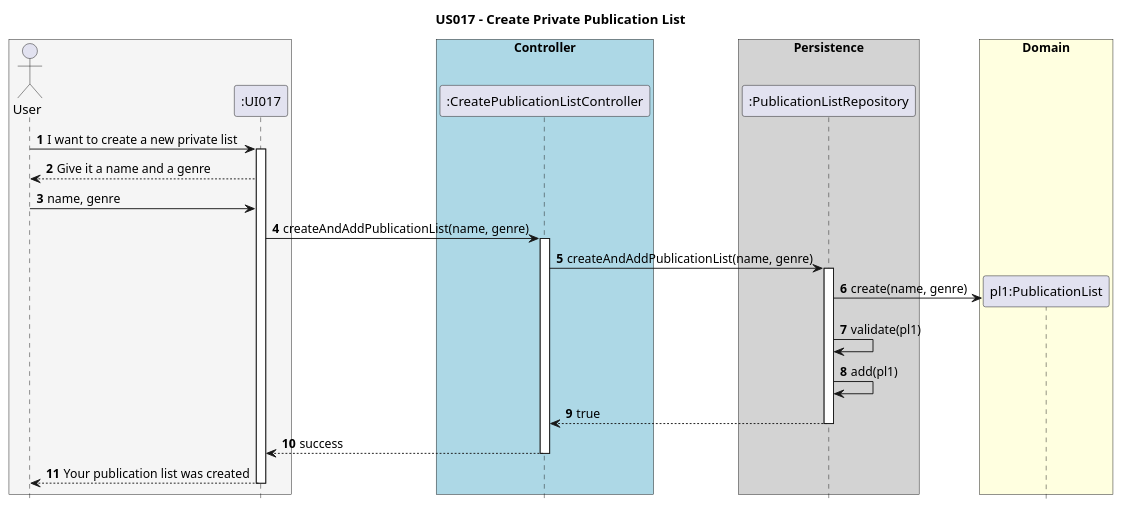
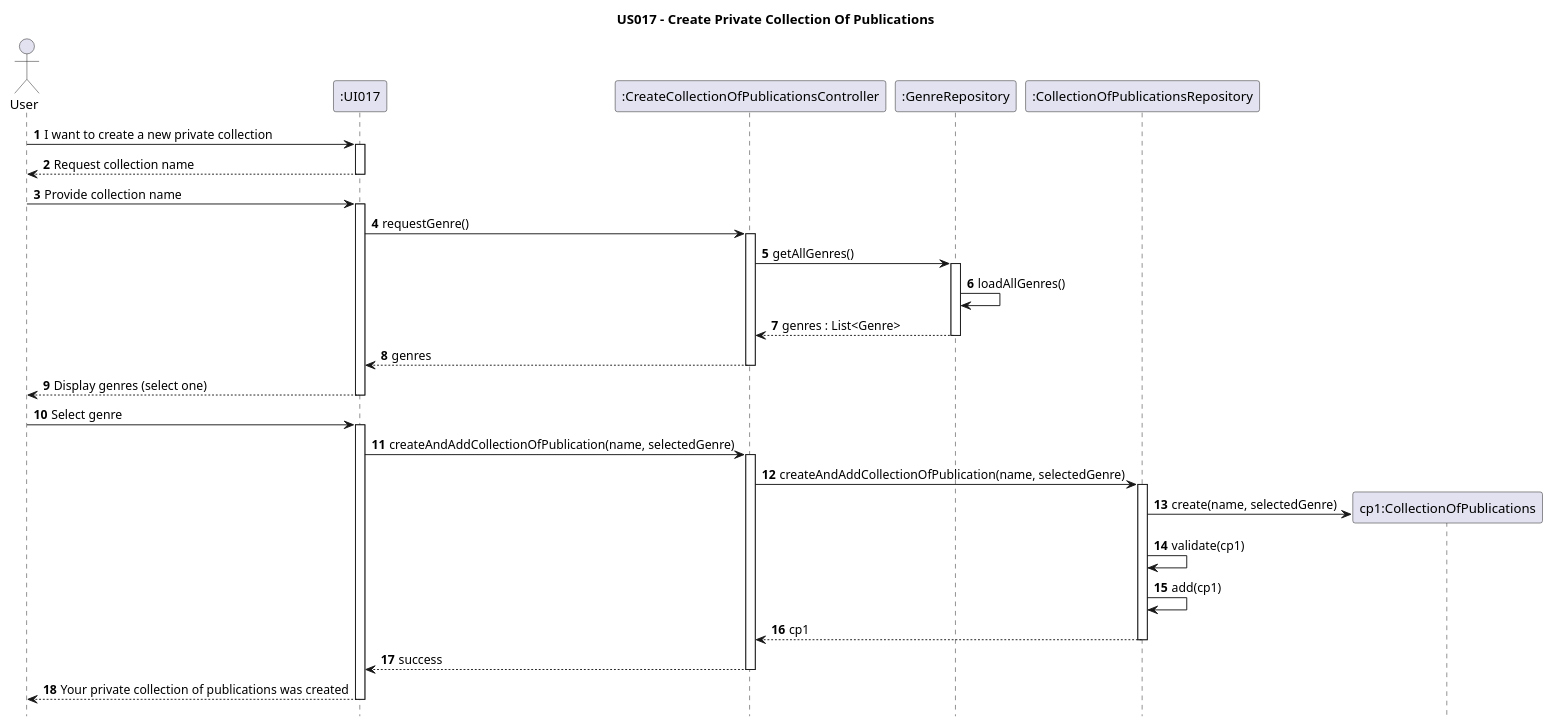
One commit to AndrePereiraGitH/SWitCH-Project-Team_A changed the diagram in Diagrams/SequenceDiagrams/N2/US017-to-create-private-publication-list.puml. Above: the diagram before and after it, drawn with PlantUML. The commit also changed 5 other files, not shown here.

Commit message:
#88 #89 and #92 #94: update SSD (N1), sequence (N2) and class diagrams

```diff
--- a/Diagrams/SequenceDiagrams/N2/US017-to-create-private-publication-list.puml
+++ b/Diagrams/SequenceDiagrams/N2/US017-to-create-private-publication-list.puml
@@ -1,50 +1,62 @@
 @startuml
 hide footbox
 autonumber
 
-title US017 - Create Private Publication List
+title US017 - Create Private Collection Of Publications
 
-box #whitesmoke
 actor "User" as User
 participant ":UI017" as UI
-end box
+participant ":CreateCollectionOfPublicationsController" as Controller
+participant ":GenreRepository" as GenreRepository
+participant ":CollectionOfPublicationsRepository" as CollectionRepository
 
-box "Controller" #Lightblue
-participant ":CreatePublicationListController" as Controller
-end box
-
-box "Persistence" #LightGrey
-participant ":PublicationListRepository" as Repository
-end box
-
-User -> UI : I want to create a new private list
+User -> UI : I want to create a new private collection
 activate UI
 
-UI --> User : Give it a name and a genre
-User -> UI : name, genre
+UI --> User : Request collection name
+deactivate UI
+User -> UI : Provide collection name
+activate UI
 
-UI -> Controller : createAndAddPublicationList(name, genre)
+UI -> Controller : requestGenre()
 activate Controller
 
-Controller -> Repository : createAndAddPublicationList(name, genre)
-activate Repository
+Controller -> GenreRepository : getAllGenres()
+activate GenreRepository
 
-box "Domain" #Lightyellow
-create "pl1:PublicationList" as PublicationList
-end box
+GenreRepository -> GenreRepository : loadAllGenres()
 
-Repository -> PublicationList : create(name, genre)
+GenreRepository --> Controller : genres : List<Genre>
+deactivate GenreRepository
 
-Repository -> Repository : validate(pl1)
-Repository -> Repository : add(pl1)
+Controller --> UI :  genres
+deactivate Controller
 
-Repository --> Controller : true
-deactivate Repository
+UI --> User : Display genres (select one)
+deactivate UI
+
+User -> UI : Select genre
+activate UI
+
+UI -> Controller : createAndAddCollectionOfPublication(name, selectedGenre)
+activate Controller
+
+Controller -> CollectionRepository  : createAndAddCollectionOfPublication(name, selectedGenre)
+activate CollectionRepository
+
+create "cp1:CollectionOfPublications" as CollectionOfPublications
+
+CollectionRepository -> CollectionOfPublications : create(name, selectedGenre)
+CollectionRepository -> CollectionRepository : validate(cp1)
+CollectionRepository -> CollectionRepository : add(cp1)
+
+CollectionRepository --> Controller : cp1
+deactivate CollectionRepository
 
 Controller --> UI : success
 deactivate Controller
 
-UI --> User : Your publication list was created
+UI --> User : Your private collection of publications was created
 deactivate UI
 
 @enduml
```
